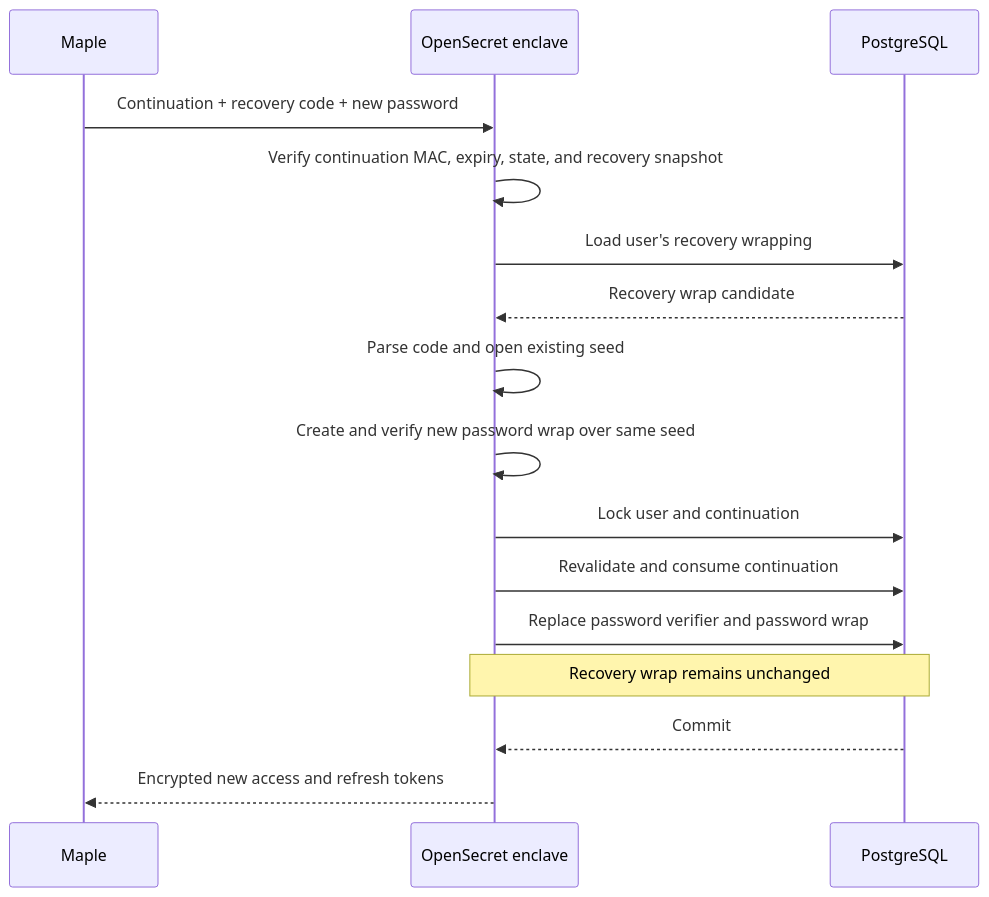
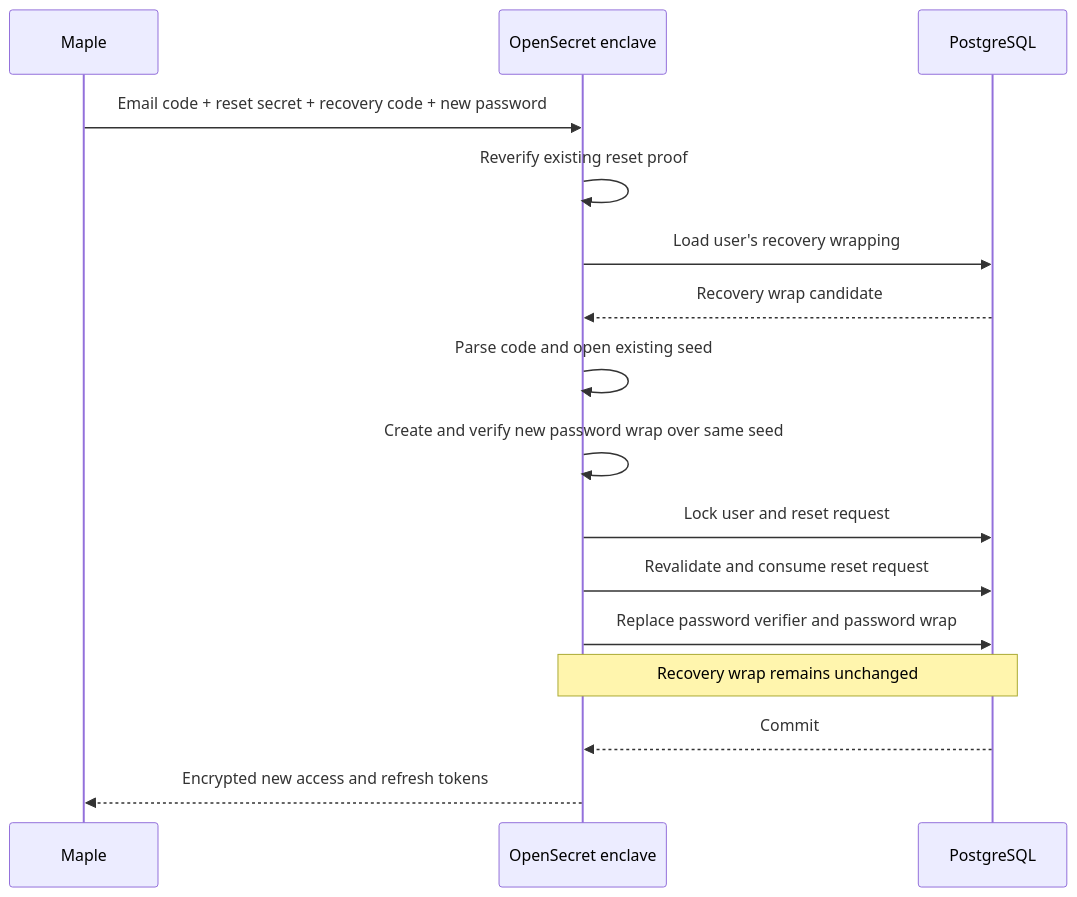
The sixth of 6 diagrams in services/opensecret/docs/recovery-credential-plan.md (OpenSecretCloud/Maple), drawn with Mermaid before and after one commit. The commit also changed other lines of this file, not shown here.

Commit message:
docs: simplify recovery reset v2 flow

````diff
--- a/services/opensecret/docs/recovery-credential-plan.md
+++ b/services/opensecret/docs/recovery-credential-plan.md
@@ -447,19 +412,19 @@
 ```mermaid
 sequenceDiagram
     participant M as Maple
     participant E as OpenSecret enclave
     participant D as PostgreSQL
 
-    M->>E: Continuation + recovery code + new password
-    E->>E: Verify continuation MAC, expiry, state, and recovery snapshot
+    M->>E: Email code + reset secret + recovery code + new password
+    E->>E: Reverify existing reset proof
     E->>D: Load user's recovery wrapping
     D-->>E: Recovery wrap candidate
     E->>E: Parse code and open existing seed
     E->>E: Create and verify new password wrap over same seed
-    E->>D: Lock user and continuation
-    E->>D: Revalidate and consume continuation
+    E->>D: Lock user and reset request
+    E->>D: Revalidate and consume reset request
     E->>D: Replace password verifier and password wrap
     Note over E,D: Recovery wrap remains unchanged
     D-->>E: Commit
     E-->>M: Encrypted new access and refresh tokens
 ```
````
